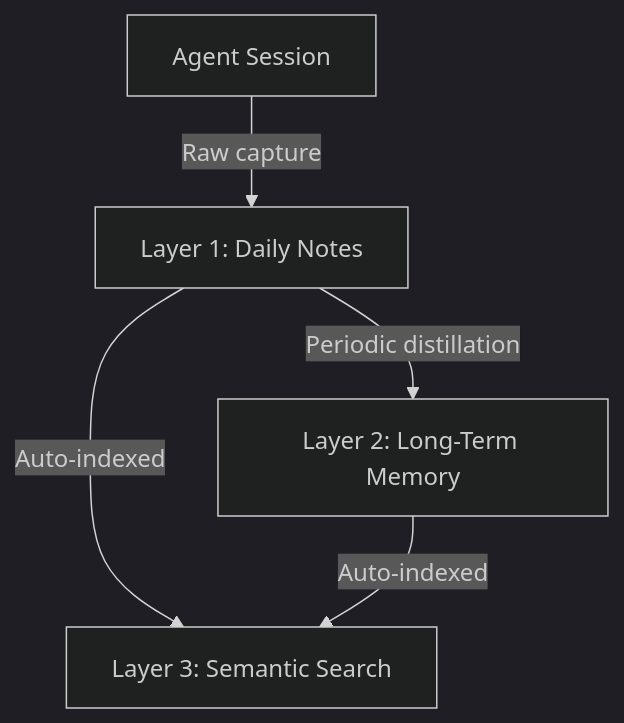
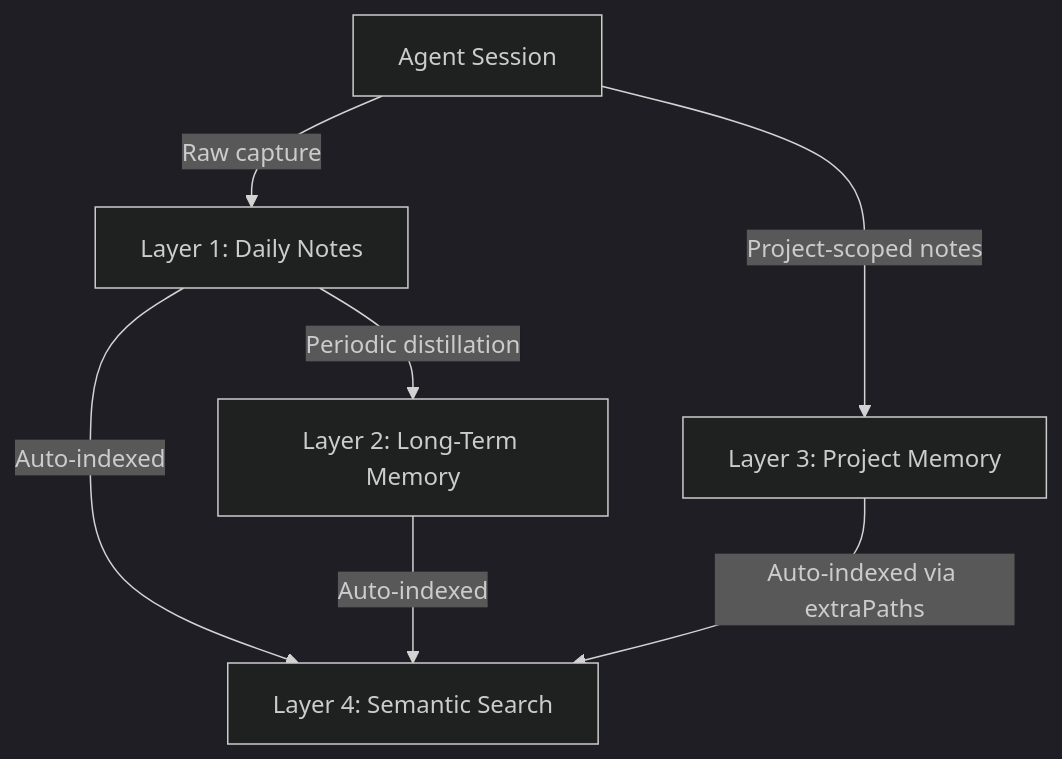
The first of 2 diagrams in docs/operator1/memory-system.md (openclaw/openclaw), drawn with Mermaid (dark theme) before and after one commit. The commit also changed other lines of this file and 23 other files, not shown here.

````diff
--- a/docs/operator1/memory-system.md
+++ b/docs/operator1/memory-system.md
@@ -12,12 +12,15 @@
 ```mermaid
 flowchart TD
     Session["Agent Session"]
     Daily["Layer 1: Daily Notes"]
     LongTerm["Layer 2: Long-Term Memory"]
-    Semantic["Layer 3: Semantic Search"]
+    Project["Layer 3: Project Memory"]
+    Semantic["Layer 4: Semantic Search"]
 
     Session -->|"Raw capture"| Daily
     Daily -->|"Periodic distillation"| LongTerm
+    Session -->|"Project-scoped notes"| Project
     Daily -->|"Auto-indexed"| Semantic
     LongTerm -->|"Auto-indexed"| Semantic
+    Project -->|"Auto-indexed via extraPaths"| Semantic
 ```
````
